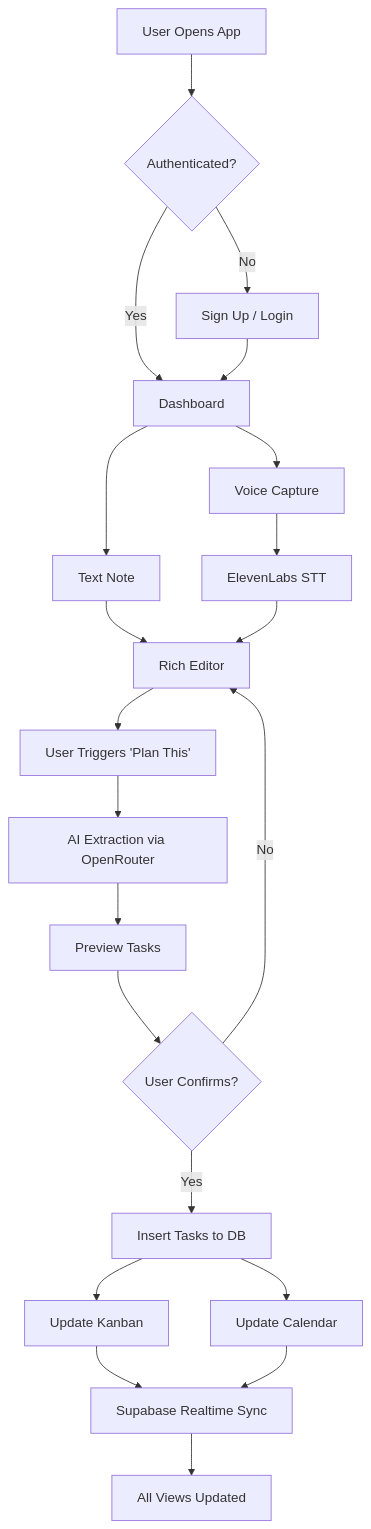
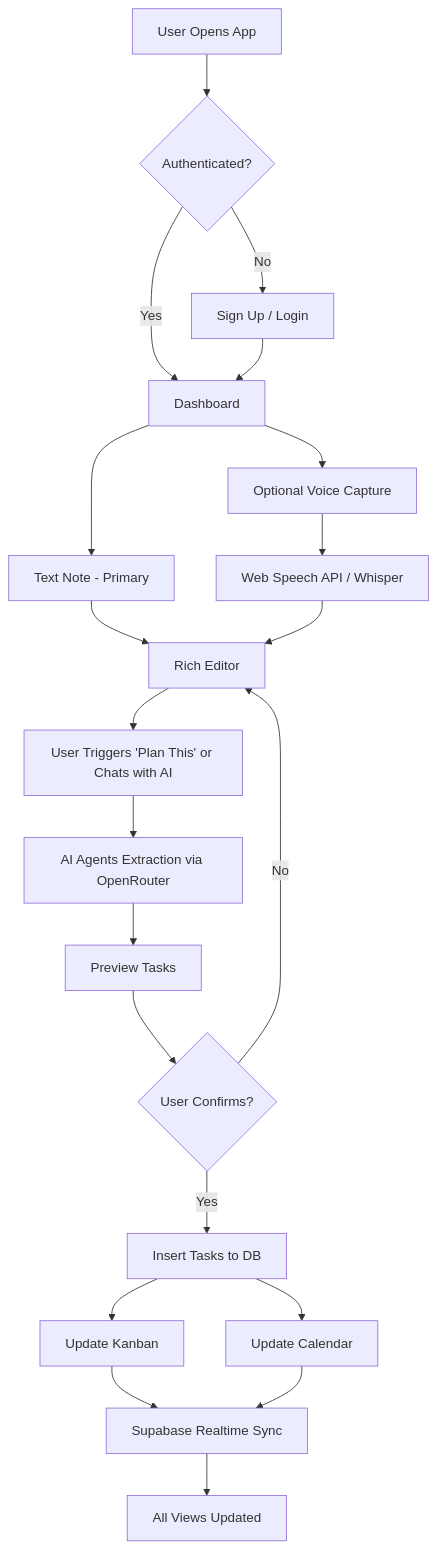
The diagram in docs/brainstorm.md (mthangtr/groaly), drawn with Mermaid before and after one commit. The commit also changed other lines of this file, not shown here.

Commit message:
feat: update product description and target user profiles for clarity and broader appeal

````diff
--- a/docs/brainstorm.md
+++ b/docs/brainstorm.md
@@ -714,23 +733,23 @@
 ```mermaid
 graph TD
     A[User Opens App] --> B{Authenticated?}
     B -->|No| C[Sign Up / Login]
     B -->|Yes| D[Dashboard]
     C --> D
-    D --> E[Voice Capture]
-    D --> F[Text Note]
-    E --> G[ElevenLabs STT]
+    D --> E[Optional Voice Capture]
+    D --> F[Text Note - Primary]
+    E --> G[Web Speech API / Whisper]
     F --> H[Rich Editor]
     G --> H
-    H --> I[User Triggers 'Plan This']
-    I --> J[AI Extraction via OpenRouter]
+    H --> I[User Triggers 'Plan This' or Chats with AI]
+    I --> J[AI Agents Extraction via OpenRouter]
     J --> K[Preview Tasks]
     K --> L{User Confirms?}
     L -->|Yes| M[Insert Tasks to DB]
     L -->|No| H
     M --> N[Update Kanban]
     M --> O[Update Calendar]
     N --> P[Supabase Realtime Sync]
     O --> P
     P --> Q[All Views Updated]
 ```
````
